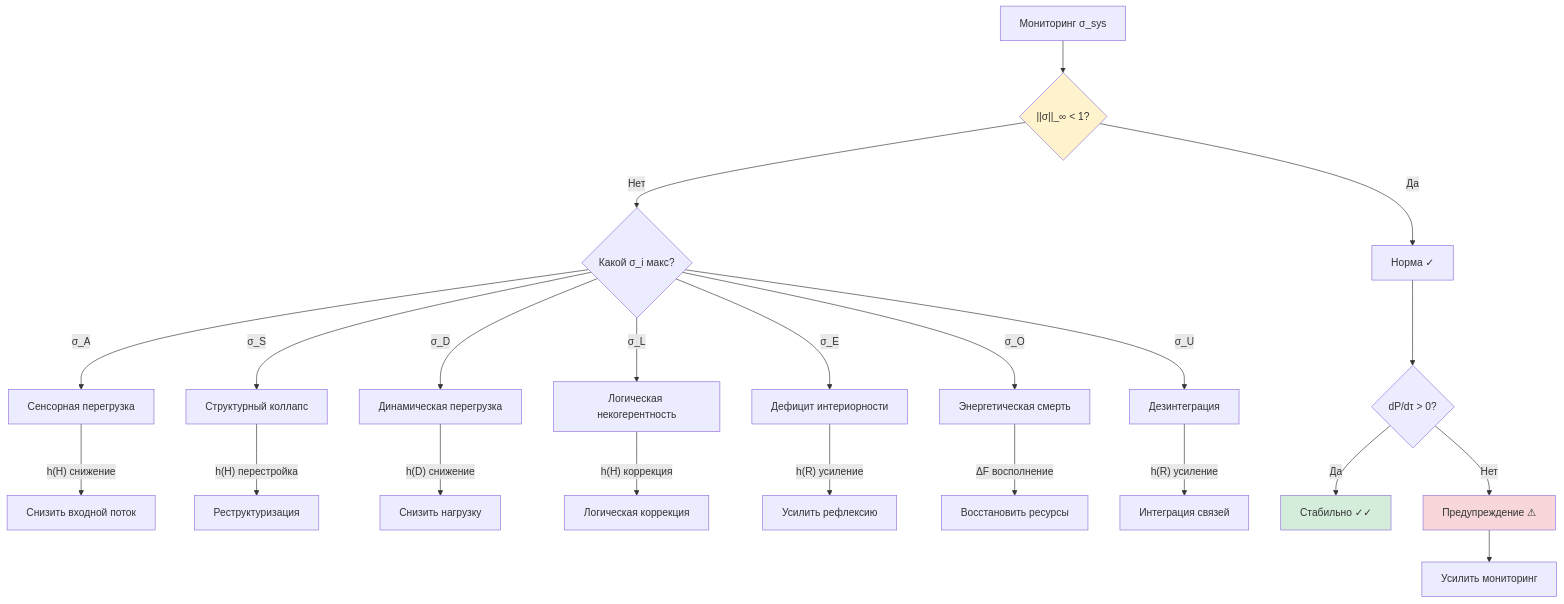
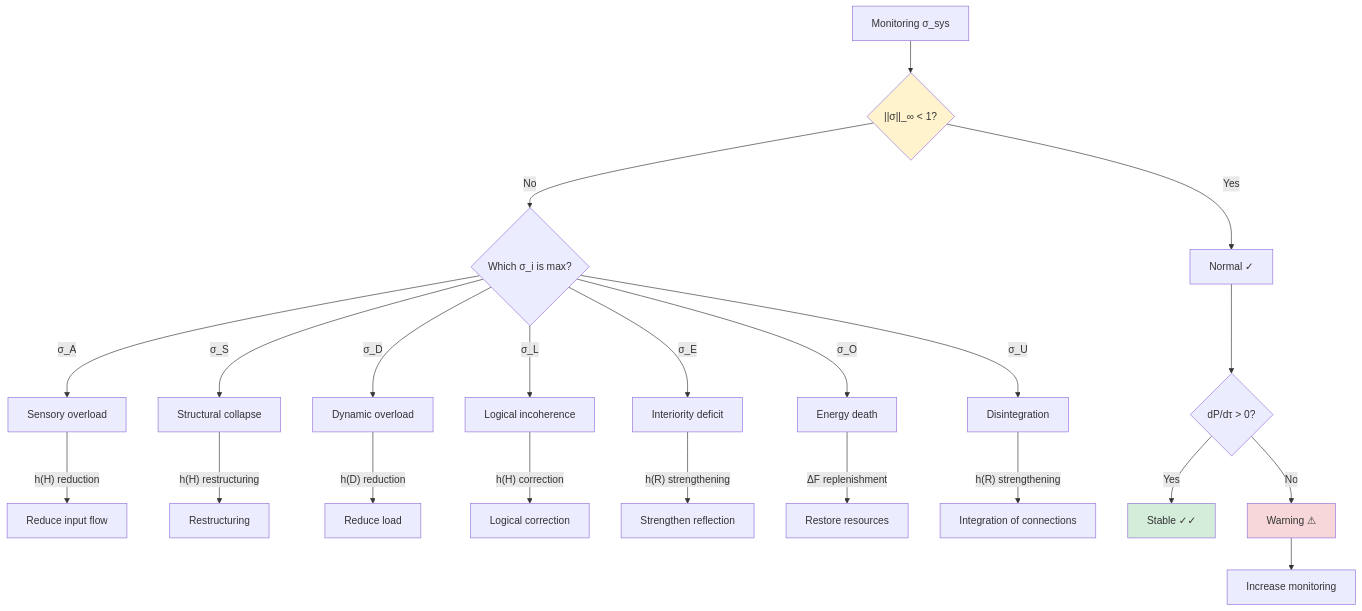
One commit to uhm-theory/holon changed the diagram in website/docs/applied/coherence-cybernetics/diagnostics.md. Above: the diagram before and after it, drawn with Mermaid. The commit also changed other lines of this file and 28 other files, not shown here.

````diff
--- a/website/docs/applied/coherence-cybernetics/diagnostics.md
+++ b/website/docs/applied/coherence-cybernetics/diagnostics.md
@@ -192,31 +192,31 @@
 ```mermaid
 graph TD
-    START["Мониторинг σ_sys"] --> CHECK{"||σ||_∞ < 1?"}
-    CHECK -->|Да| NORM["Норма ✓"]
-    CHECK -->|Нет| WHICH{"Какой σ_i макс?"}
+    START["Monitoring σ_sys"] --> CHECK{"||σ||_∞ < 1?"}
+    CHECK -->|Yes| NORM["Normal ✓"]
+    CHECK -->|No| WHICH{"Which σ_i is max?"}
 
-    WHICH -->|σ_A| PA["Сенсорная перегрузка"]
-    WHICH -->|σ_S| PS["Структурный коллапс"]
-    WHICH -->|σ_D| PD["Динамическая перегрузка"]
-    WHICH -->|σ_L| PL["Логическая некогерентность"]
-    WHICH -->|σ_E| PE["Дефицит интериорности"]
-    WHICH -->|σ_O| PO["Энергетическая смерть"]
-    WHICH -->|σ_U| PU["Дезинтеграция"]
+    WHICH -->|σ_A| PA["Sensory overload"]
+    WHICH -->|σ_S| PS["Structural collapse"]
+    WHICH -->|σ_D| PD["Dynamic overload"]
+    WHICH -->|σ_L| PL["Logical incoherence"]
+    WHICH -->|σ_E| PE["Interiority deficit"]
+    WHICH -->|σ_O| PO["Energy death"]
+    WHICH -->|σ_U| PU["Disintegration"]
 
-    PA -->|"h(H) снижение"| FIX_A["Снизить входной поток"]
-    PS -->|"h(H) перестройка"| FIX_S["Реструктуризация"]
-    PD -->|"h(D) снижение"| FIX_D["Снизить нагрузку"]
-    PL -->|"h(H) коррекция"| FIX_L["Логическая коррекция"]
-    PE -->|"h(R) усиление"| FIX_E["Усилить рефлексию"]
-    PO -->|"ΔF восполнение"| FIX_O["Восстановить ресурсы"]
-    PU -->|"h(R) усиление"| FIX_U["Интеграция связей"]
+    PA -->|"h(H) reduction"| FIX_A["Reduce input flow"]
+    PS -->|"h(H) restructuring"| FIX_S["Restructuring"]
+    PD -->|"h(D) reduction"| FIX_D["Reduce load"]
+    PL -->|"h(H) correction"| FIX_L["Logical correction"]
+    PE -->|"h(R) strengthening"| FIX_E["Strengthen reflection"]
+    PO -->|"ΔF replenishment"| FIX_O["Restore resources"]
+    PU -->|"h(R) strengthening"| FIX_U["Integration of connections"]
 
     NORM --> TREND{"dP/dτ > 0?"}
-    TREND -->|Да| OK["Стабильно ✓✓"]
-    TREND -->|Нет| WARN["Предупреждение ⚠"]
-    WARN --> MONITOR["Усилить мониторинг"]
+    TREND -->|Yes| OK["Stable ✓✓"]
+    TREND -->|No| WARN["Warning ⚠"]
+    WARN --> MONITOR["Increase monitoring"]
 
     style CHECK fill:#fff3cd
     style OK fill:#d4edda
     style WARN fill:#f8d7da
 ```
````
